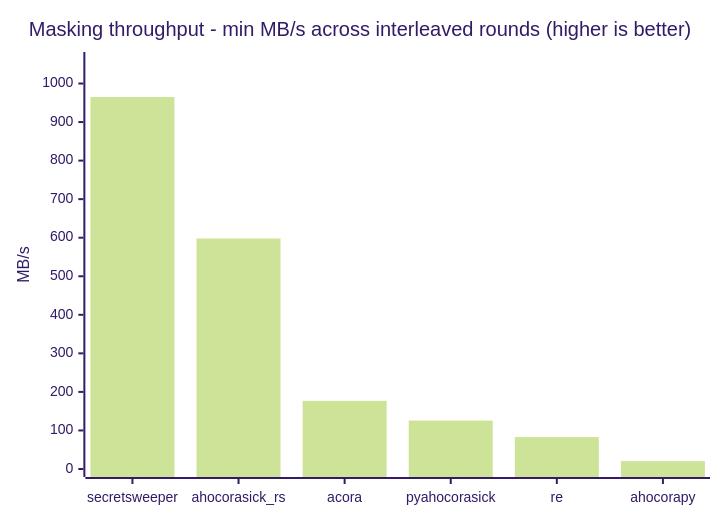
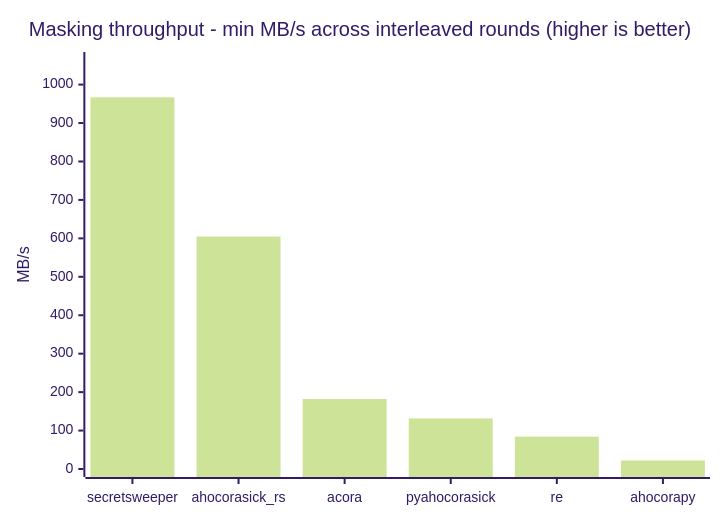
Before and after one commit to recipe/secretsweeper: the diagram in benchmarks/RESULTS.md, drawn with Mermaid (forest theme). The commit also changed other lines of this file and 3 other files, not shown here.

````diff
--- a/benchmarks/RESULTS.md
+++ b/benchmarks/RESULTS.md
@@ -31,7 +31,7 @@
 ```mermaid
 xychart-beta
     title "Masking throughput - min MB/s across interleaved rounds (higher is better)"
     x-axis ["secretsweeper", "ahocorasick_rs", "acora", "pyahocorasick", "re", "ahocorapy"]
-    y-axis "MB/s" 0 --> 1061
-    bar [964.9, 598.0, 176.7, 125.6, 82.8, 20.4]
+    y-axis "MB/s" 0 --> 1064
+    bar [966.9, 604.8, 182.0, 131.5, 84.2, 22.2]
 ```
````
